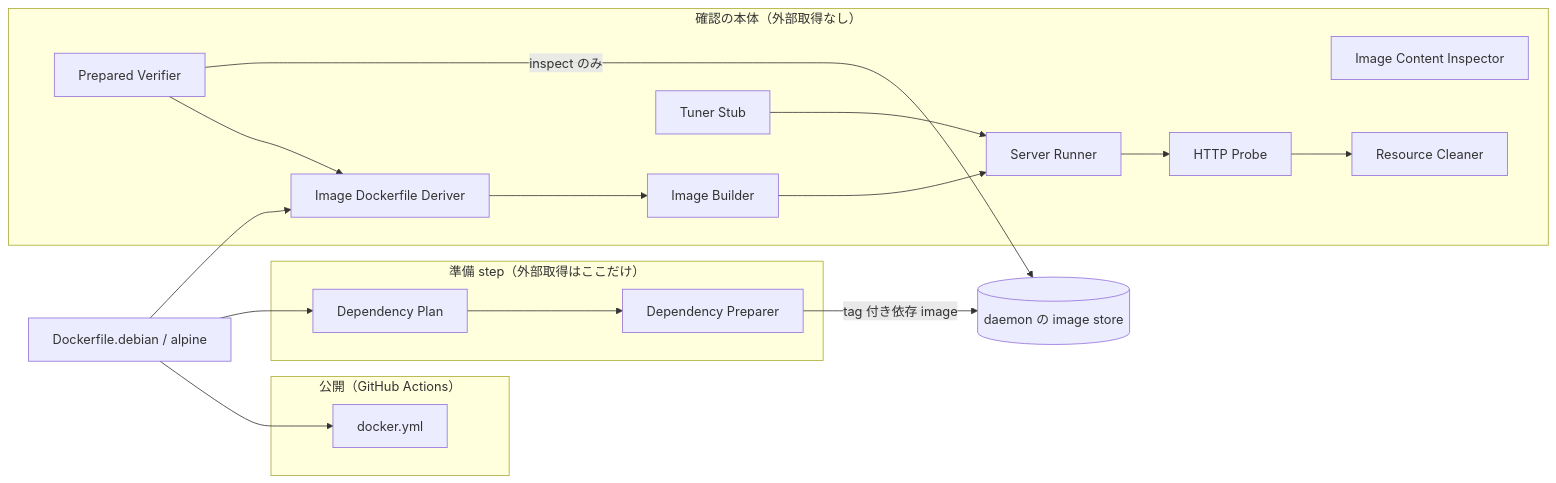
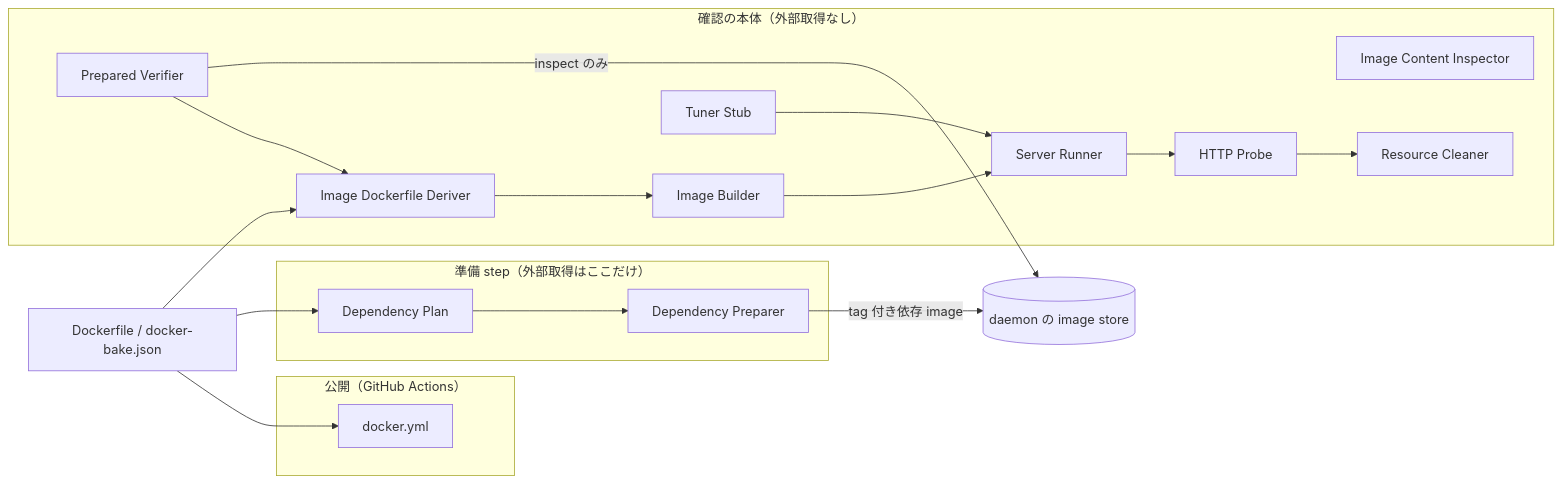
The fifth of 6 diagrams in .kiro/specs/server-application-runtime/design.md (l3tnun/EPGStation), drawn with Mermaid before and after one commit. The commit also changed other lines of this file and 15 other files, not shown here.

First line of the commit message:
Docker image を 1 つの Dockerfile と docker-bake.json から arch ごとに 1 回の bake で作る

````diff
--- a/.kiro/specs/server-application-runtime/design.md
+++ b/.kiro/specs/server-application-runtime/design.md
@@ -1238,31 +1239,31 @@
 ```mermaid
 flowchart LR
     subgraph Prepare[準備 step（外部取得はここだけ）]
         Plan[Dependency Plan]
         Prep[Dependency Preparer]
     end
     subgraph Check[確認の本体（外部取得なし）]
         Verify[Prepared Verifier]
         Derive[Image Dockerfile Deriver]
         Build[Image Builder]
         Stub[Tuner Stub]
         Run[Server Runner]
         Probe[HTTP Probe]
         Inspect[Image Content Inspector]
         Clean[Resource Cleaner]
     end
-    PD[Dockerfile.debian / alpine] --> Plan
+    PD[Dockerfile / docker-bake.json] --> Plan
     PD --> Derive
     Plan --> Prep
     Prep -->|tag 付き依存 image| Store[(daemon の image store)]
     Verify -->|inspect のみ| Store
     Verify --> Derive --> Build
     Build --> Run
     Stub --> Run
     Run --> Probe
     Probe --> Clean
     subgraph Publish[公開（GitHub Actions）]
         WF[docker.yml]
     end
     PD --> WF
 ```
````
